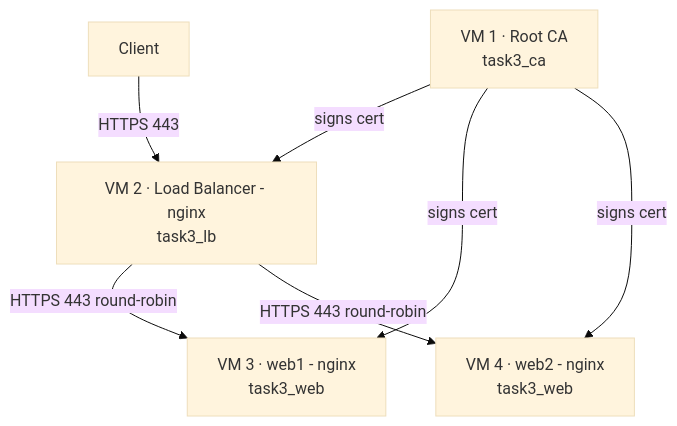
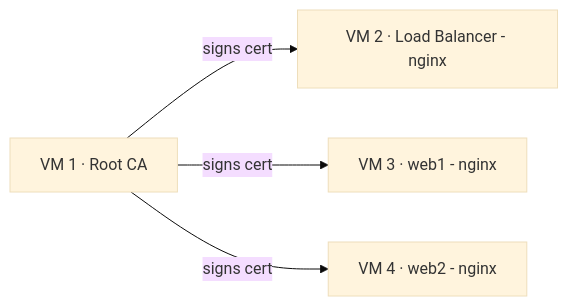
The second of 5 diagrams in implementation/task3/README.md (Karelia-University-of-Applied-Sciences/ict-lab-iac), drawn with Mermaid (base theme) before and after one commit. The commit also changed other lines of this file and 1 other file, not shown here.

Commit message:
changed some graphs

````diff
--- a/implementation/task3/README.md
+++ b/implementation/task3/README.md
@@ -9,16 +24,11 @@
 ```mermaid
-graph TD
-    Client -->|HTTPS 443| LB
-
-    CA[VM 1 · Root CA\ntask3_ca]
-    LB[VM 2 · Load Balancer - nginx\ntask3_lb]
-    W1[VM 3 · web1 - nginx\ntask3_web]
-    W2[VM 4 · web2 - nginx\ntask3_web]
+graph LR
+    CA[VM 1 · Root CA]
+    LB[VM 2 · Load Balancer - nginx]
+    W1[VM 3 · web1 - nginx]
+    W2[VM 4 · web2 - nginx]
 
     CA -->|signs cert| LB
     CA -->|signs cert| W1
     CA -->|signs cert| W2
-
-    LB -->|HTTPS 443 round-robin| W1
-    LB -->|HTTPS 443 round-robin| W2
 ```
````
